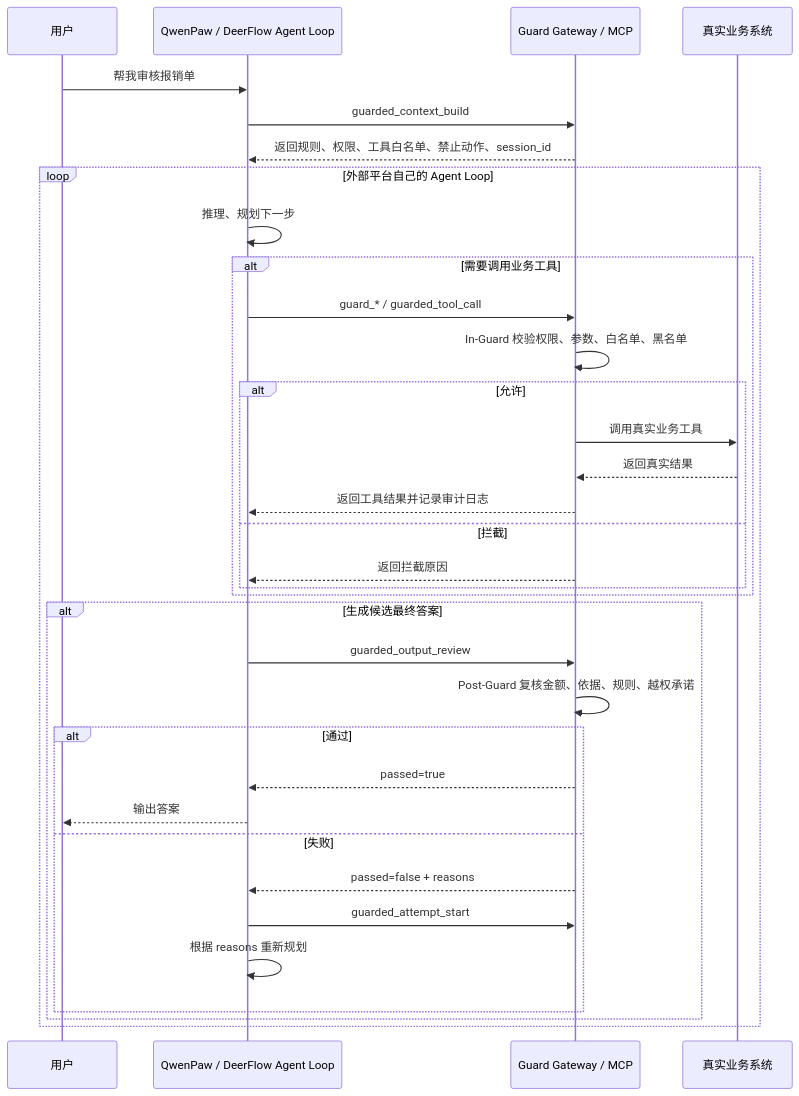
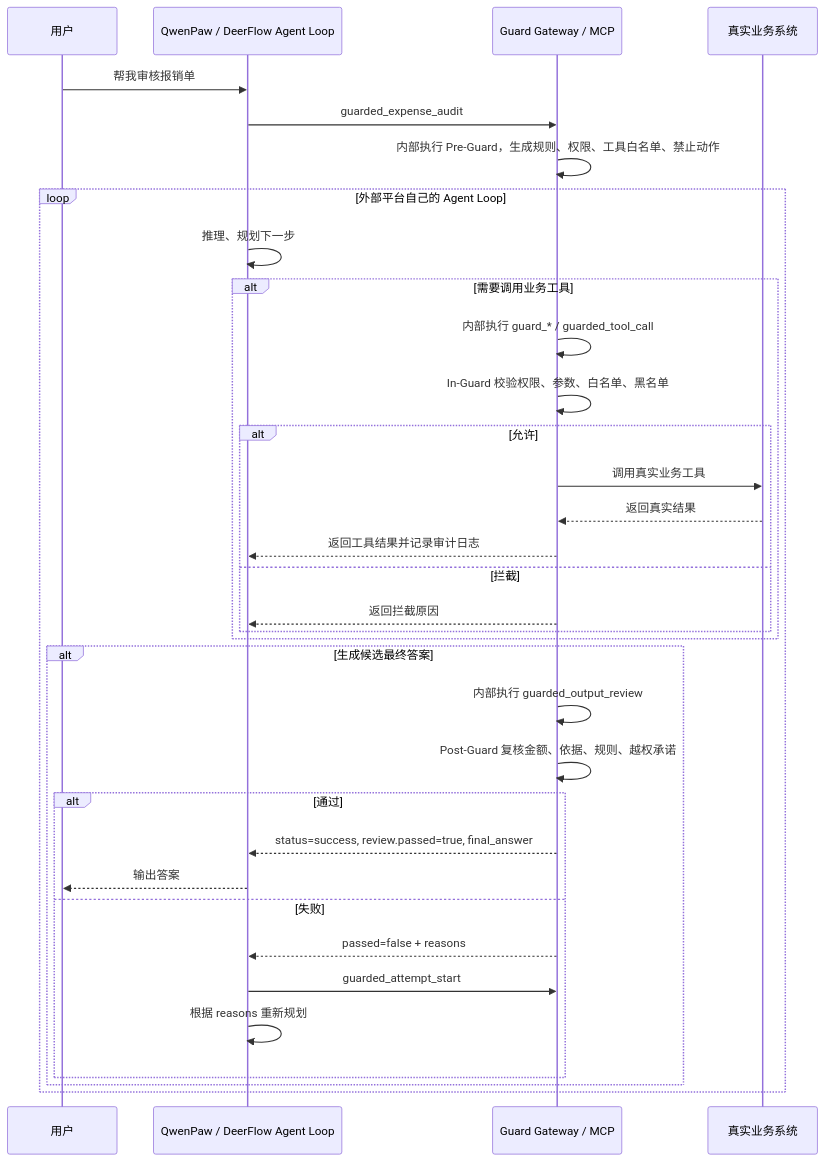
Before and after one commit to ananrun/guarded-agent-runtime: the diagram in README.md, drawn with Mermaid. The commit also changed other lines of this file and 30 other files, not shown here.

````diff
--- a/README.md
+++ b/README.md
@@ -13,41 +13,41 @@
 ```mermaid
 sequenceDiagram
     participant User as 用户
     participant QwenPaw as QwenPaw / DeerFlow Agent Loop
     participant Guard as Guard Gateway / MCP
     participant Biz as 真实业务系统
 
     User->>QwenPaw: 帮我审核报销单
 
-    QwenPaw->>Guard: guarded_context_build
-    Guard-->>QwenPaw: 返回规则、权限、工具白名单、禁止动作、session_id
+    QwenPaw->>Guard: guarded_expense_audit
+    Guard->>Guard: 内部执行 Pre-Guard，生成规则、权限、工具白名单、禁止动作
 
     loop 外部平台自己的 Agent Loop
         QwenPaw->>QwenPaw: 推理、规划下一步
 
         alt 需要调用业务工具
-            QwenPaw->>Guard: guard_* / guarded_tool_call
+            Guard->>Guard: 内部执行 guard_* / guarded_tool_call
             Guard->>Guard: In-Guard 校验权限、参数、白名单、黑名单
             alt 允许
                 Guard->>Biz: 调用真实业务工具
                 Biz-->>Guard: 返回真实结果
                 Guard-->>QwenPaw: 返回工具结果并记录审计日志
             else 拦截
                 Guard-->>QwenPaw: 返回拦截原因
             end
         end
 
         alt 生成候选最终答案
-            QwenPaw->>Guard: guarded_output_review
+            Guard->>Guard: 内部执行 guarded_output_review
             Guard->>Guard: Post-Guard 复核金额、依据、规则、越权承诺
             alt 通过
-                Guard-->>QwenPaw: passed=true
+                Guard-->>QwenPaw: status=success, review.passed=true, final_answer
                 QwenPaw-->>User: 输出答案
             else 失败
                 Guard-->>QwenPaw: passed=false + reasons
                 QwenPaw->>Guard: guarded_attempt_start
                 QwenPaw->>QwenPaw: 根据 reasons 重新规划
             end
         end
     end
 ```
````
